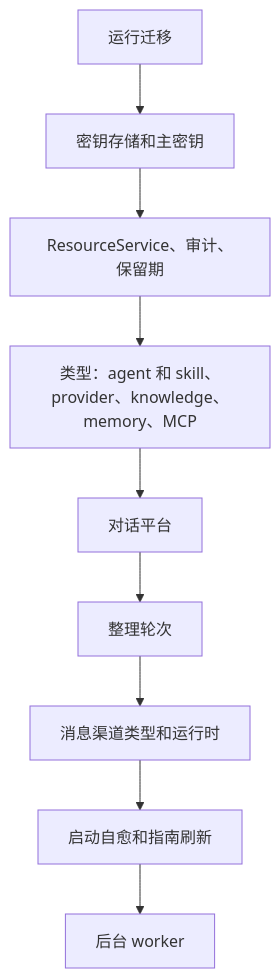
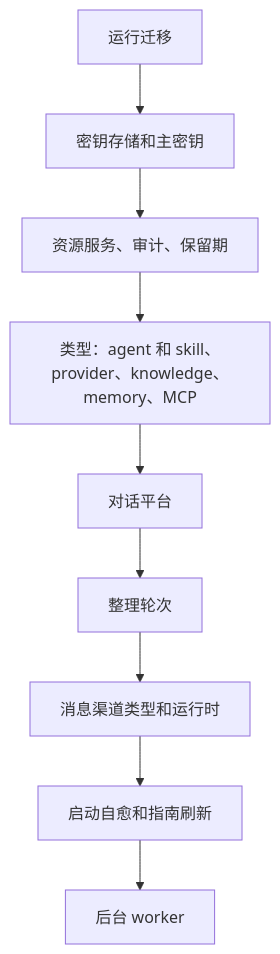
Before and after one commit to wyx-sg/Coffer: the second of 2 diagrams in docs-site/zh/architecture/layering.md, drawn with Mermaid. The commit also changed other lines of this file and 29 other files, not shown here.

First line of the commit message:
docs(site): explain the architecture in plain terms, without source detail

````diff
--- a/docs-site/zh/architecture/layering.md
+++ b/docs-site/zh/architecture/layering.md
@@ -93,11 +84,11 @@
 ```mermaid
 flowchart TB
   M["运行迁移"] --> C["密钥存储和主密钥"]
-  C --> R["ResourceService、审计、保留期"]
+  C --> R["资源服务、审计、保留期"]
   R --> K["类型：agent 和 skill、provider、knowledge、memory、MCP"]
   K --> CH["对话平台"]
   CH --> CU["整理轮次"]
   CU --> CN["消息渠道类型和运行时"]
   CN --> H["启动自愈和指南刷新"]
   H --> W["后台 worker"]
 ```
````
